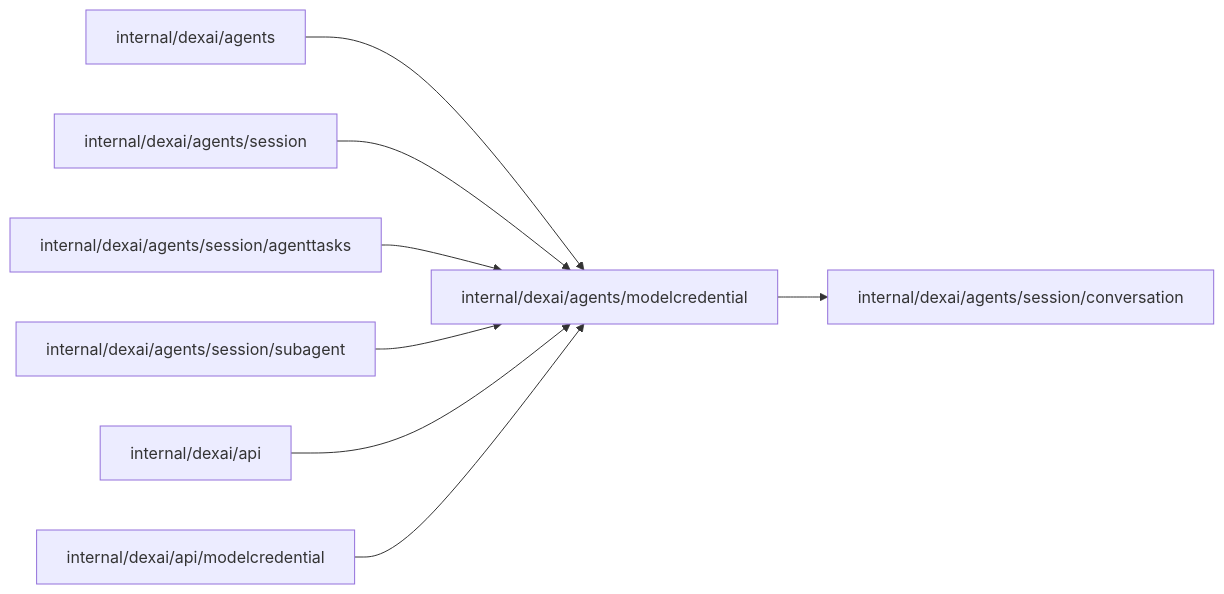
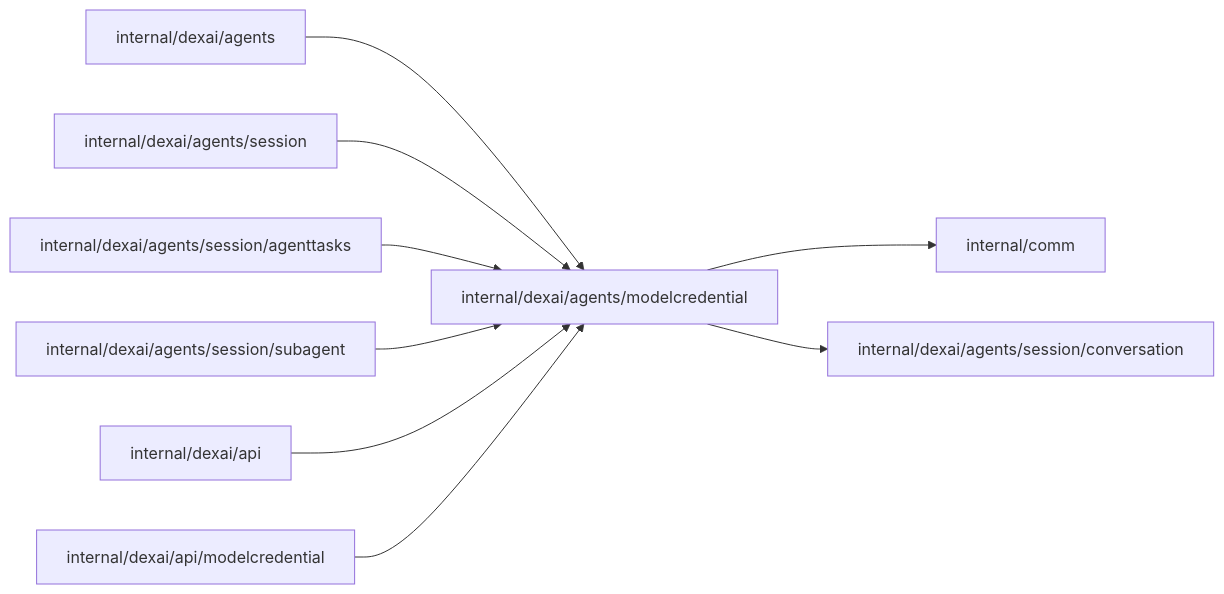
The diagram in internal/dexai/agents/modelcredential/README.md (superdurable/superverse), drawn with Mermaid before and after one commit. The commit also changed other lines of this file and 37 other files, not shown here.

````diff
--- a/internal/dexai/agents/modelcredential/README.md
+++ b/internal/dexai/agents/modelcredential/README.md
@@ -10,11 +10,12 @@
 ```mermaid
 flowchart LR
   self["internal/dexai/agents/modelcredential"]
   c0["internal/dexai/agents"] --> self
   c1["internal/dexai/agents/session"] --> self
   c2["internal/dexai/agents/session/agenttasks"] --> self
   c3["internal/dexai/agents/session/subagent"] --> self
   c4["internal/dexai/api"] --> self
   c5["internal/dexai/api/modelcredential"] --> self
-  self --> d0["internal/dexai/agents/session/conversation"]
+  self --> d0["internal/comm"]
+  self --> d1["internal/dexai/agents/session/conversation"]
 ```
````
